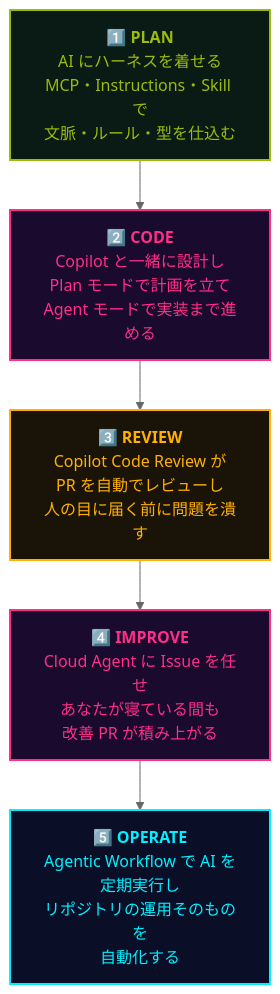
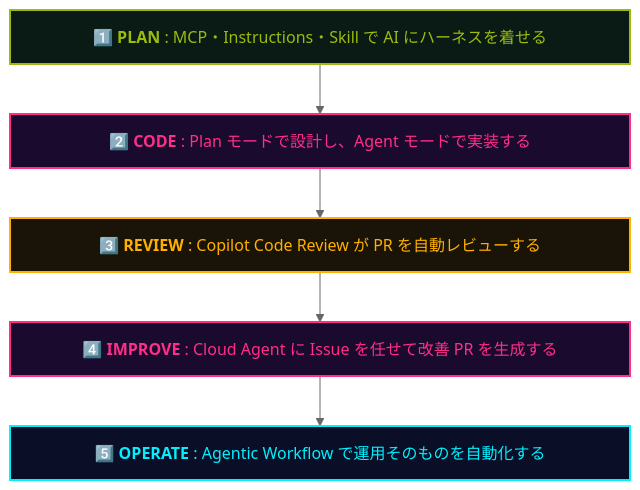
One commit to theomonfort/theomonfort changed the diagram in src/content/playbook/ja/hands-on.md. Above: the diagram before and after it, drawn with Mermaid (neutral theme). The commit also changed 4 other files, not shown here.

Commit message:
Tighten workshop-flow diagram: single-sentence labels with min-width wrapper for wider Mermaid boxes

````diff
--- a/src/content/playbook/ja/hands-on.md
+++ b/src/content/playbook/ja/hands-on.md
@@ -50,19 +50,19 @@
 ```mermaid
 flowchart TB
-  Plan["1️⃣ <b>PLAN</b><br/>AI にハーネスを着せる<br/>MCP・Instructions・Skill で<br/>文脈・ルール・型を仕込む"]
-  Code["2️⃣ <b>CODE</b><br/>Copilot と一緒に設計し<br/>Plan モードで計画を立て<br/>Agent モードで実装まで進める"]
-  Review["3️⃣ <b>REVIEW</b><br/>Copilot Code Review が<br/>PR を自動でレビューし<br/>人の目に届く前に問題を潰す"]
-  Improve["4️⃣ <b>IMPROVE</b><br/>Cloud Agent に Issue を任せ<br/>あなたが寝ている間も<br/>改善 PR が積み上がる"]
-  Operate["5️⃣ <b>OPERATE</b><br/>Agentic Workflow で AI を定期実行し<br/>リポジトリの運用そのものを<br/>自動化する"]
+  Plan["<div style='min-width:560px;text-align:center'>1️⃣ <b>PLAN</b> : MCP・Instructions・Skill で AI にハーネスを着せる</div>"]
+  Code["<div style='min-width:560px;text-align:center'>2️⃣ <b>CODE</b> : Plan モードで設計し、Agent モードで実装する</div>"]
+  Review["<div style='min-width:560px;text-align:center'>3️⃣ <b>REVIEW</b> : Copilot Code Review が PR を自動レビューする</div>"]
+  Improve["<div style='min-width:560px;text-align:center'>4️⃣ <b>IMPROVE</b> : Cloud Agent に Issue を任せて改善 PR を生成する</div>"]
+  Operate["<div style='min-width:560px;text-align:center'>5️⃣ <b>OPERATE</b> : Agentic Workflow で運用そのものを自動化する</div>"]
 
   Plan --> Code --> Review --> Improve --> Operate
 
   classDef prep fill:#0a1a14,stroke:#9bbc0f,color:#9bbc0f,stroke-width:2px
   classDef dev  fill:#1a0a2e,stroke:#ff2e88,color:#ff2e88,stroke-width:2px
   classDef rev  fill:#1a1408,stroke:#ffb000,color:#ffb000,stroke-width:2px
   classDef ops  fill:#0a0e27,stroke:#00f0ff,color:#00f0ff,stroke-width:2px
   class Plan prep
   class Code,Improve dev
   class Review rev
   class Operate ops
 ```
````
